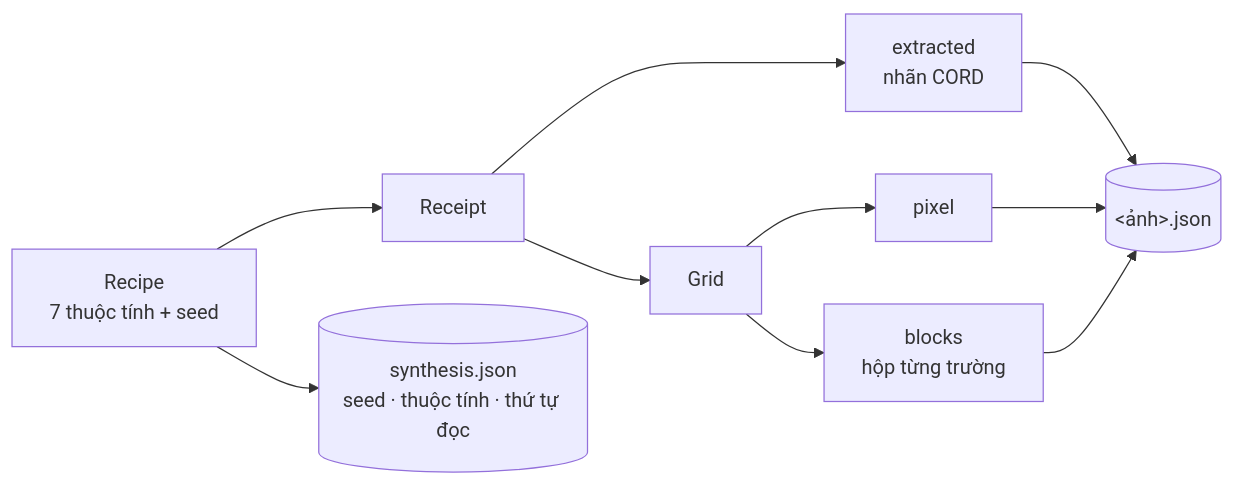
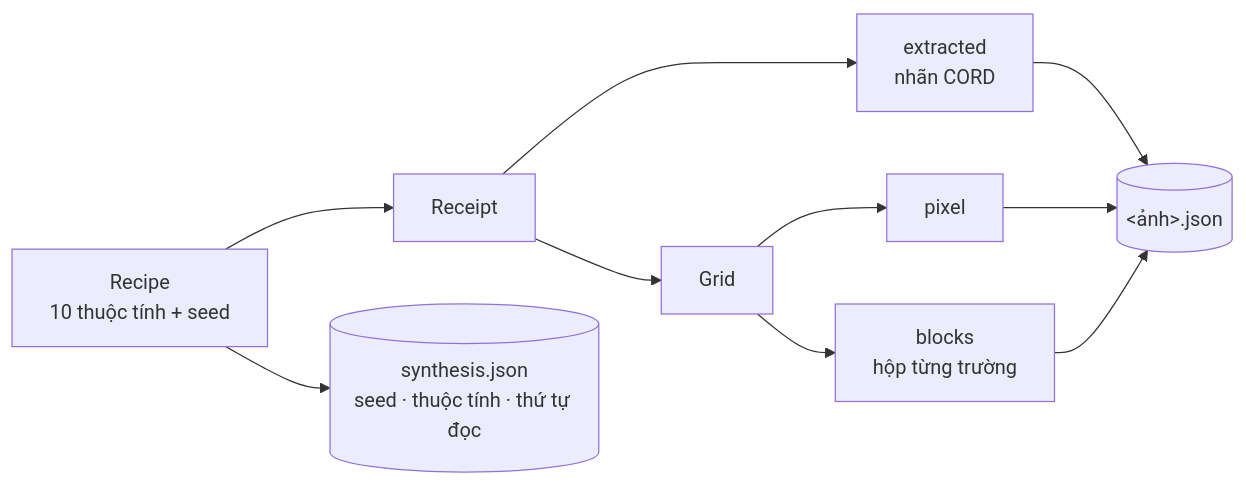
One commit to LinhPhuong14/vlm-ocr-synthetic changed the fourth of 5 diagrams in README.md. Above: the diagram before and after it, drawn with Mermaid. The commit also changed other lines of this file and 29 other files, not shown here.

````diff
--- a/README.md
+++ b/README.md
@@ -176,10 +186,10 @@
 ```mermaid
 flowchart LR
-    R["Recipe<br/>7 thuộc tính + seed"] --> RC["Receipt"]
+    R["Recipe<br/>10 thuộc tính + seed"] --> RC["Receipt"]
     RC --> GT["extracted<br/>nhãn CORD"]
     RC --> G["Grid"]
     G --> PX["pixel"]
     G --> BX["blocks<br/>hộp từng trường"]
     GT & PX & BX --> J[("&lt;ảnh&gt;.json")]
     R --> SY[("synthesis.json<br/>seed · thuộc tính · thứ tự đọc")]
 ```
````
